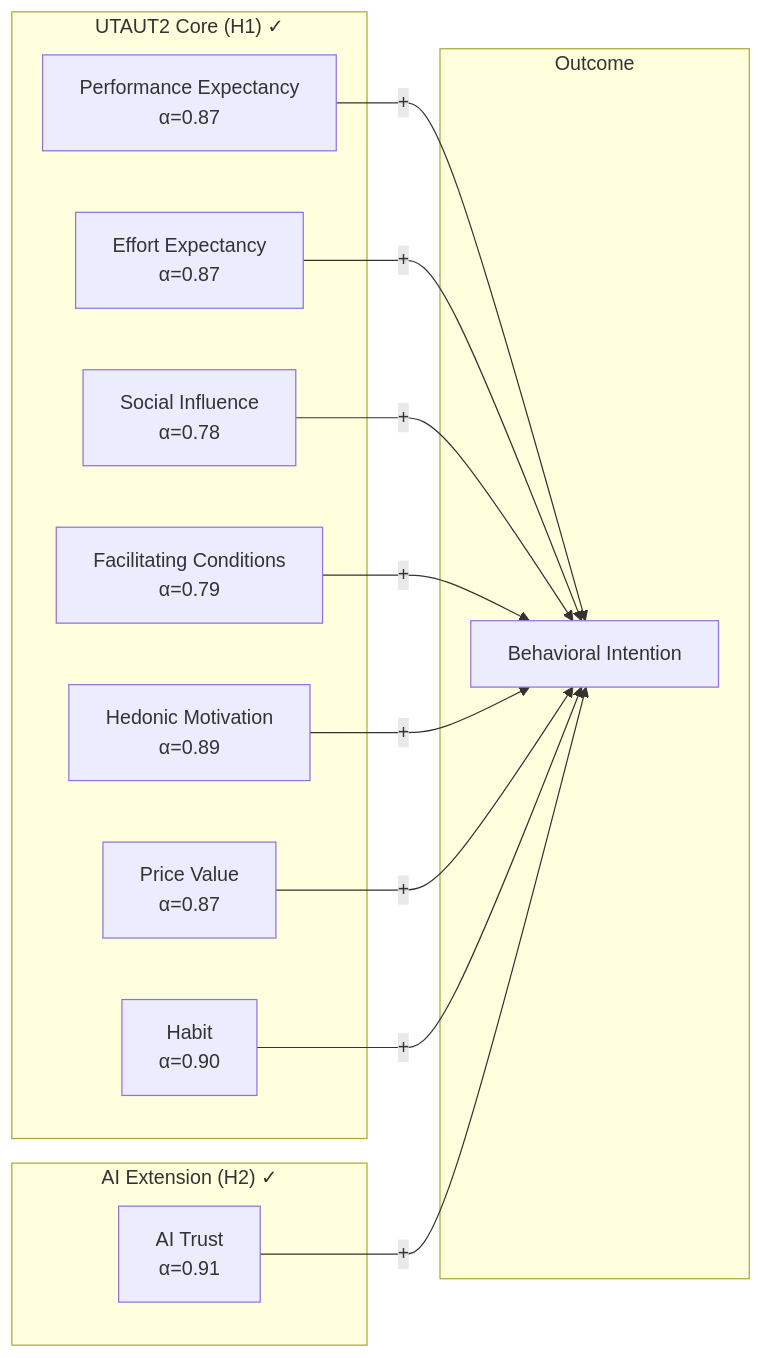
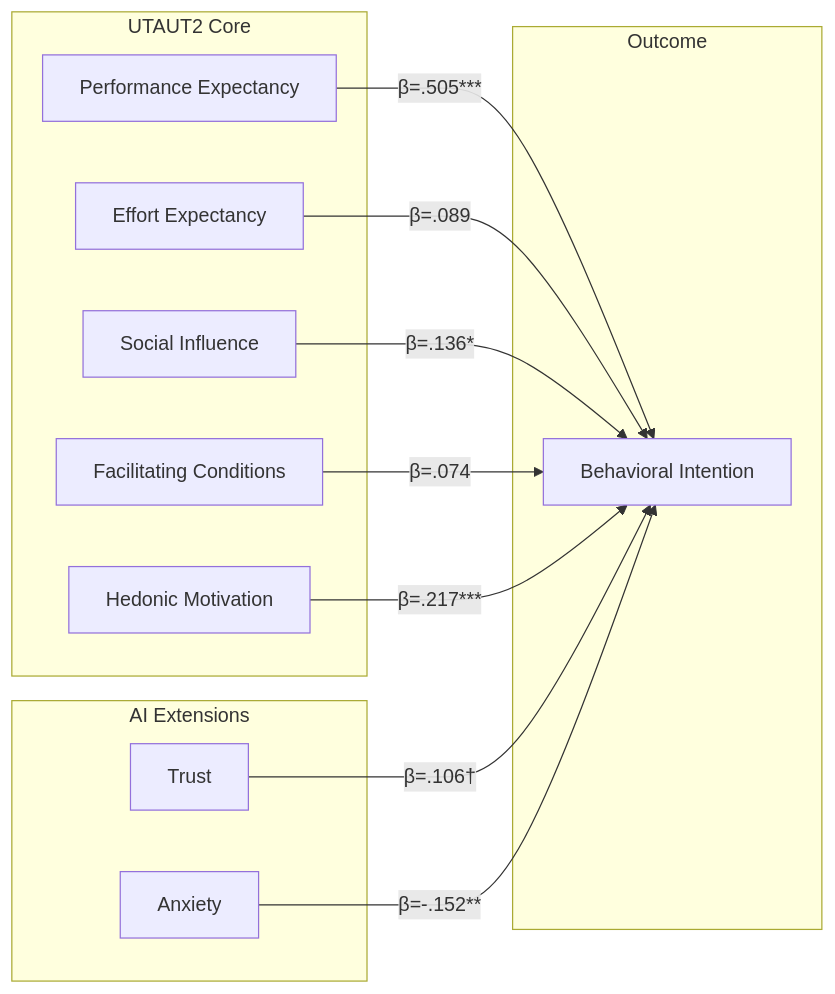
One commit to fabioc-aloha/AIRS_Data_Analysis changed the diagram in README.md. Above: the diagram before and after it, drawn with Mermaid. The commit also changed other lines of this file and 111 other files, not shown here.

````diff
--- a/README.md
+++ b/README.md
@@ -77,29 +96,27 @@
 ```mermaid
 flowchart LR
-    subgraph UTAUT2["UTAUT2 Core (H1) ✓"]
-        PE[Performance Expectancy<br/>α=0.87]
-        EE[Effort Expectancy<br/>α=0.87]
-        SI[Social Influence<br/>α=0.78]
-        FC[Facilitating Conditions<br/>α=0.79]
-        HM[Hedonic Motivation<br/>α=0.89]
-        PV[Price Value<br/>α=0.87]
-        HB[Habit<br/>α=0.90]
+    subgraph UTAUT2["UTAUT2 Core"]
+        PE[Performance Expectancy]
+        EE[Effort Expectancy]
+        SI[Social Influence]
+        FC[Facilitating Conditions]
+        HM[Hedonic Motivation]
     end
 
-    subgraph AI["AI Extension (H2) ✓"]
-        TR[AI Trust<br/>α=0.91]
+    subgraph Extensions["AI Extensions"]
+        TR[Trust]
+        AX[Anxiety]
     end
 
     subgraph Outcome["Outcome"]
         BI[Behavioral Intention]
     end
 
-    PE -->|+| BI
-    EE -->|+| BI
-    SI -->|+| BI
-    FC -->|+| BI
-    HM -->|+| BI
-    PV -->|+| BI
-    HB -->|+| BI
-    TR -->|+| BI
+    PE -->|β=.505***| BI
+    EE -->|β=.089| BI
+    SI -->|β=.136*| BI
+    FC -->|β=.074| BI
+    HM -->|β=.217***| BI
+    TR -->|β=.106†| BI
+    AX -->|β=-.152**| BI
 ```
````
